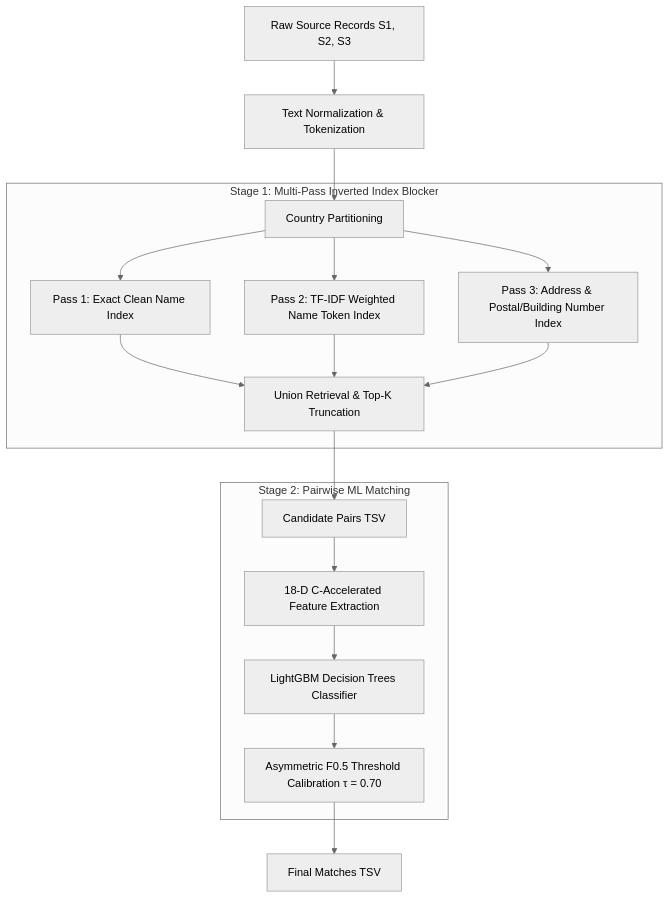
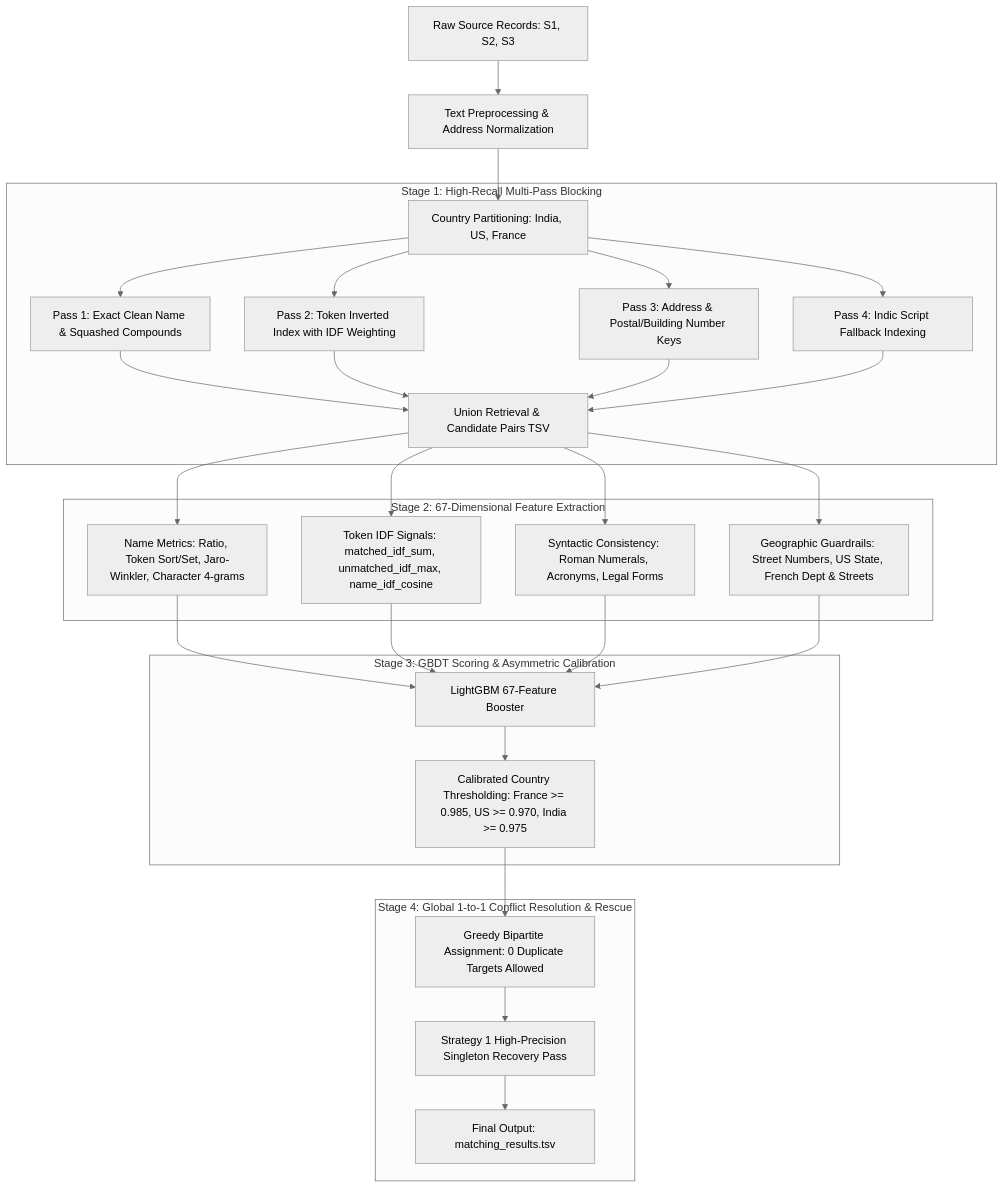
One commit to Sonesh-2202/MLChallenge2026 changed the diagram in README.md. Above: the diagram before and after it, drawn with Mermaid (neutral theme). The commit also changed other lines of this file and 25 other files, not shown here.

First line of the commit message:
feat(final): finalize V11 production architecture, clean codebase, and update documentation

````diff
--- a/README.md
+++ b/README.md
@@ -24,24 +37,34 @@
 ```mermaid
 flowchart TD
-    A[Raw Source Records S1, S2, S3] --> B[Text Normalization & Tokenization]
-    B --> C[Country Partitioning]
+    A[Raw Source Records: S1, S2, S3] --> B[Text Preprocessing & Address Normalization]
+    B --> C[Country Partitioning: India, US, France]
     
-    subgraph BlockingEngine [Stage 1: Multi-Pass Inverted Index Blocker]
-        C --> D1[Pass 1: Exact Clean Name Index]
-        C --> D2[Pass 2: TF-IDF Weighted Name Token Index]
-        C --> D3[Pass 3: Address & Postal/Building Number Index]
-        D1 --> E[Union Retrieval & Top-K Truncation]
+    subgraph Stage1 [Stage 1: High-Recall Multi-Pass Blocking]
+        C --> D1[Pass 1: Exact Clean Name & Squashed Compounds]
+        C --> D2[Pass 2: Token Inverted Index with IDF Weighting]
+        C --> D3[Pass 3: Address & Postal/Building Number Keys]
+        C --> D4[Pass 4: Indic Script Fallback Indexing]
+        D1 --> E[Union Retrieval & Candidate Pairs TSV]
         D2 --> E
         D3 --> E
+        D4 --> E
     end
     
-    E --> F[Candidate Pairs TSV]
-    
-    subgraph MatchingEngine [Stage 2: Pairwise ML Matching]
-        F --> G[18-D C-Accelerated Feature Extraction]
-        G --> H[LightGBM Decision Trees Classifier]
-        H --> I[Asymmetric F0.5 Threshold Calibration τ = 0.70]
+    subgraph Stage2 [Stage 2: 67-Dimensional Feature Extraction]
+        E --> F1[Name Metrics: Ratio, Token Sort/Set, Jaro-Winkler, Character 4-grams]
+        E --> F2[Token IDF Signals: matched_idf_sum, unmatched_idf_max, name_idf_cosine]
+        E --> F3[Syntactic Consistency: Roman Numerals, Acronyms, Legal Forms]
+        E --> F4[Geographic Guardrails: Street Numbers, US State, French Dept & Streets]
     end
     
-    I --> J[Final Matches TSV]
+    subgraph Stage3 [Stage 3: GBDT Scoring & Asymmetric Calibration]
+        F1 & F2 & F3 & F4 --> G[LightGBM 67-Feature Booster]
+        G --> H[Calibrated Country Thresholding: France >= 0.985, US >= 0.970, India >= 0.975]
+    end
+    
+    subgraph Stage4 [Stage 4: Global 1-to-1 Conflict Resolution & Rescue]
+        H --> I[Greedy Bipartite Assignment: 0 Duplicate Targets Allowed]
+        I --> J[Strategy 1 High-Precision Singleton Recovery Pass]
+        J --> K[Final Output: matching_results.tsv]
+    end
 ```
````
